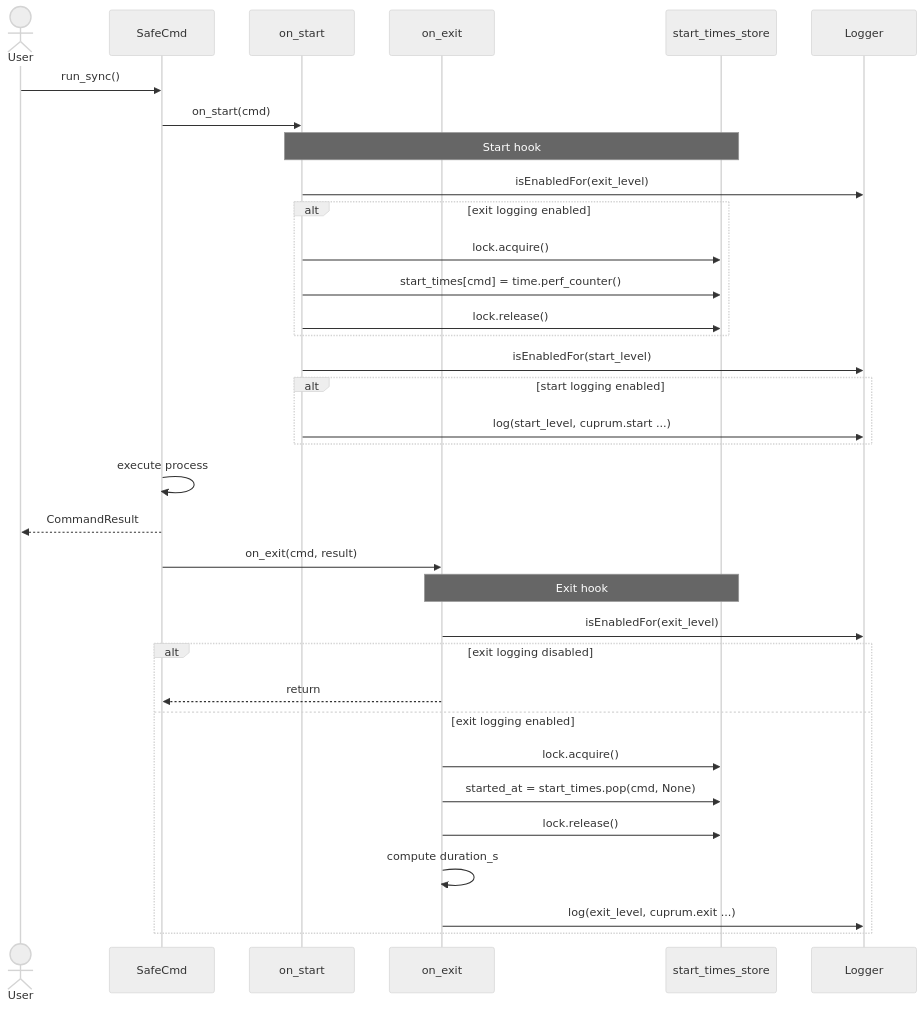
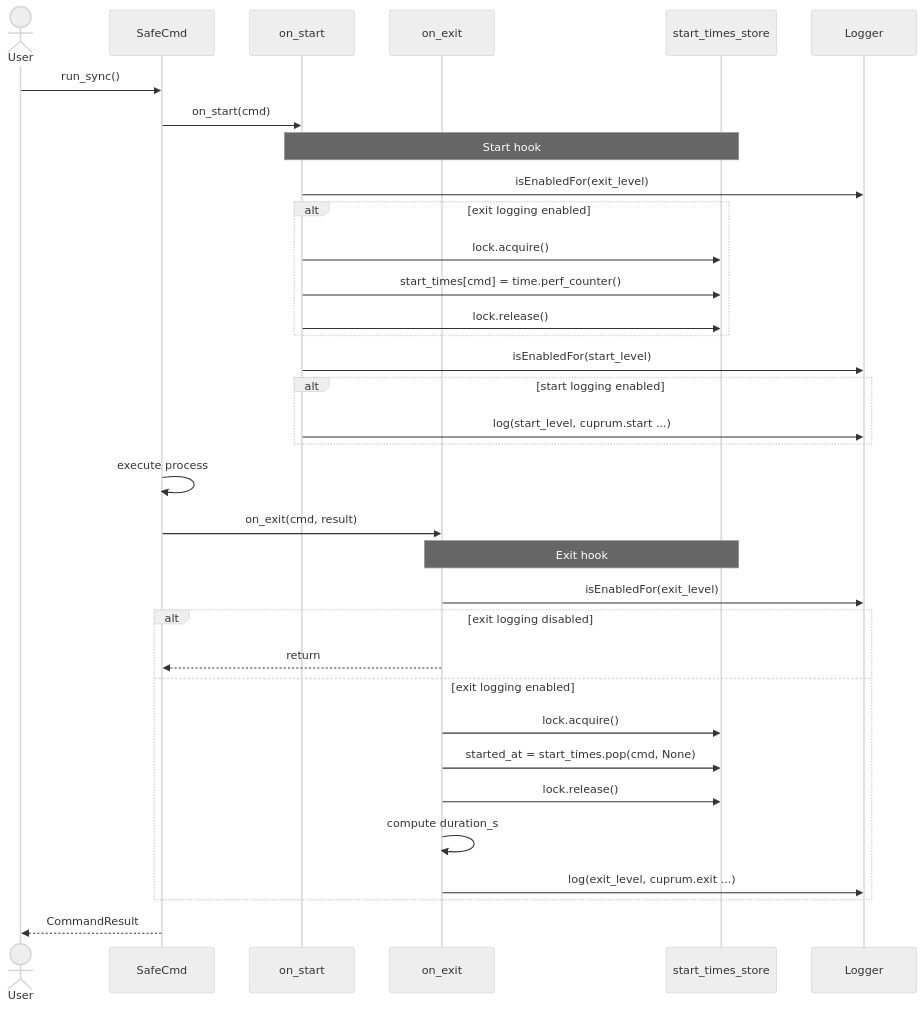
One commit to leynos/cuprum changed the second of 11 diagrams in docs/cuprum-design.md. Above: the diagram before and after it, drawn with Mermaid (neutral theme). The commit also changed other lines of this file and 29 other files, not shown here.

````diff
--- a/docs/cuprum-design.md
+++ b/docs/cuprum-design.md
@@ -1100,41 +1127,42 @@
 ```mermaid
 sequenceDiagram
     actor User
     participant SafeCmd
     participant BeforeHooks as on_start
     participant AfterHooks as on_exit
     participant StartTimes as start_times_store
     participant Logger
 
     User->>SafeCmd: run_sync()
     SafeCmd->>BeforeHooks: on_start(cmd)
 
     Note over BeforeHooks,StartTimes: Start hook
     BeforeHooks->>Logger: isEnabledFor(exit_level)
     alt exit logging enabled
         BeforeHooks->>StartTimes: lock.acquire()
         BeforeHooks->>StartTimes: start_times[cmd] = time.perf_counter()
         BeforeHooks->>StartTimes: lock.release()
     end
     BeforeHooks->>Logger: isEnabledFor(start_level)
     alt start logging enabled
         BeforeHooks->>Logger: log(start_level, cuprum.start ...)
     end
 
     SafeCmd->>SafeCmd: execute process
-    SafeCmd-->>User: CommandResult
 
     SafeCmd->>AfterHooks: on_exit(cmd, result)
 
     Note over AfterHooks,StartTimes: Exit hook
     AfterHooks->>Logger: isEnabledFor(exit_level)
     alt exit logging disabled
         AfterHooks-->>SafeCmd: return
     else exit logging enabled
         AfterHooks->>StartTimes: lock.acquire()
         AfterHooks->>StartTimes: started_at = start_times.pop(cmd, None)
         AfterHooks->>StartTimes: lock.release()
         AfterHooks->>AfterHooks: compute duration_s
         AfterHooks->>Logger: log(exit_level, cuprum.exit ...)
     end
+
+    SafeCmd-->>User: CommandResult
 ```
````
